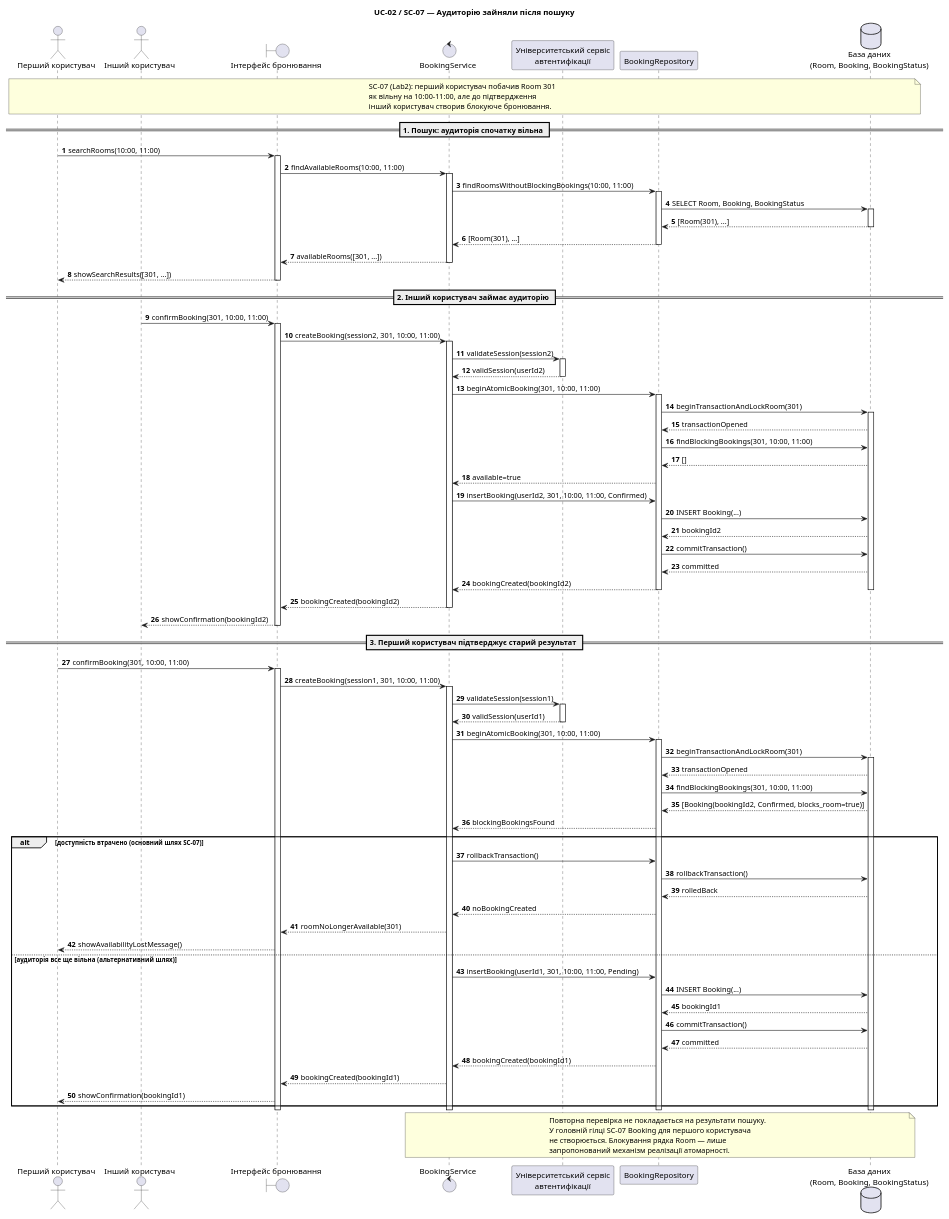
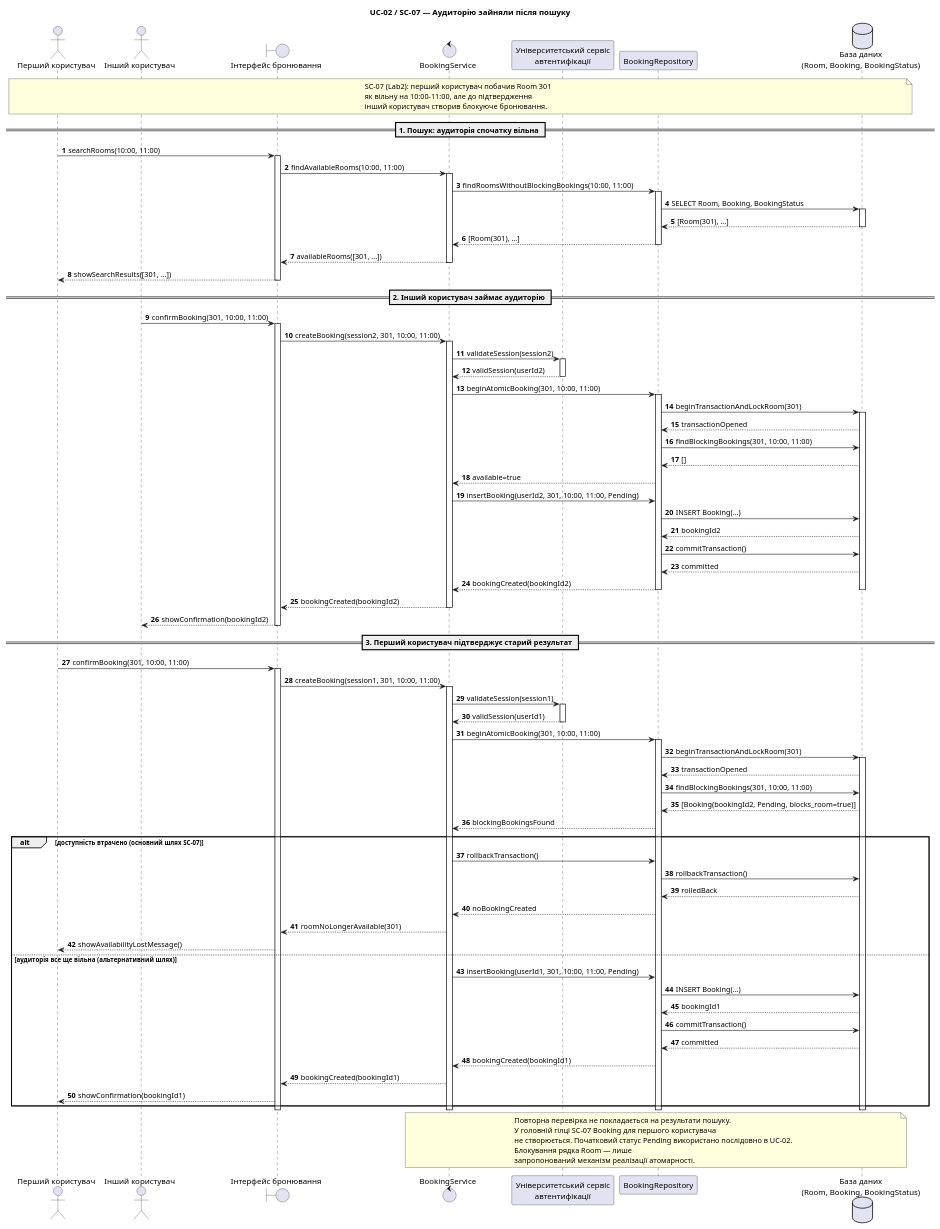
Before and after one commit to Oleksandr-C-S/MAVPZ: the diagram in lab3/model/sequence-03.puml, drawn with PlantUML. The commit also changed 1 other file, not shown here.

Commit message:
align booking status and update render

```diff
--- a/lab3/model/sequence-03.puml
+++ b/lab3/model/sequence-03.puml
@@ -1,117 +1,118 @@
 @startuml
 ' Lab3 — UC-02 / SC-07: Втрата доступності між пошуком і підтвердженням
 ' Чернетка діаграми, узгоджена з lab2/gherkin.md (SC-07)
 
 title UC-02 / SC-07 — Аудиторію зайняли після пошуку
 
 autonumber
 actor "Перший користувач" as User1
 actor "Інший користувач" as User2
 boundary "Інтерфейс бронювання" as UI
 control "BookingService" as Service
 participant "Університетський сервіс\nавтентифікації" as Auth
 participant "BookingRepository" as Repo
 database "База даних\n(Room, Booking, BookingStatus)" as DB
 
 note over User1,DB
 SC-07 (Lab2): перший користувач побачив Room 301
 як вільну на 10:00–11:00, але до підтвердження
 інший користувач створив блокуюче бронювання.
 end note
 
 == 1. Пошук: аудиторія спочатку вільна ==
 User1 -> UI : searchRooms(10:00, 11:00)
 activate UI
 UI -> Service : findAvailableRooms(10:00, 11:00)
 activate Service
 Service -> Repo : findRoomsWithoutBlockingBookings(10:00, 11:00)
 activate Repo
 Repo -> DB : SELECT Room, Booking, BookingStatus
 activate DB
 DB --> Repo : [Room(301), ...]
 deactivate DB
 Repo --> Service : [Room(301), ...]
 deactivate Repo
 Service --> UI : availableRooms([301, ...])
 deactivate Service
 UI --> User1 : showSearchResults([301, ...])
 deactivate UI
 
 == 2. Інший користувач займає аудиторію ==
 User2 -> UI : confirmBooking(301, 10:00, 11:00)
 activate UI
 UI -> Service : createBooking(session2, 301, 10:00, 11:00)
 activate Service
 Service -> Auth : validateSession(session2)
 activate Auth
 Auth --> Service : validSession(userId2)
 deactivate Auth
 Service -> Repo : beginAtomicBooking(301, 10:00, 11:00)
 activate Repo
 Repo -> DB : beginTransactionAndLockRoom(301)
 activate DB
 DB --> Repo : transactionOpened
 Repo -> DB : findBlockingBookings(301, 10:00, 11:00)
 DB --> Repo : []
 Repo --> Service : available=true
-Service -> Repo : insertBooking(userId2, 301, 10:00, 11:00, Confirmed)
+Service -> Repo : insertBooking(userId2, 301, 10:00, 11:00, Pending)
 Repo -> DB : INSERT Booking(...)
 DB --> Repo : bookingId2
 Repo -> DB : commitTransaction()
 DB --> Repo : committed
 Repo --> Service : bookingCreated(bookingId2)
 deactivate DB
 deactivate Repo
 Service --> UI : bookingCreated(bookingId2)
 deactivate Service
 UI --> User2 : showConfirmation(bookingId2)
 deactivate UI
 
 == 3. Перший користувач підтверджує старий результат ==
 User1 -> UI : confirmBooking(301, 10:00, 11:00)
 activate UI
 UI -> Service : createBooking(session1, 301, 10:00, 11:00)
 activate Service
 Service -> Auth : validateSession(session1)
 activate Auth
 Auth --> Service : validSession(userId1)
 deactivate Auth
 Service -> Repo : beginAtomicBooking(301, 10:00, 11:00)
 activate Repo
 Repo -> DB : beginTransactionAndLockRoom(301)
 activate DB
 DB --> Repo : transactionOpened
 Repo -> DB : findBlockingBookings(301, 10:00, 11:00)
-DB --> Repo : [Booking(bookingId2, Confirmed, blocks_room=true)]
+DB --> Repo : [Booking(bookingId2, Pending, blocks_room=true)]
 Repo --> Service : blockingBookingsFound
 
 alt доступність втрачено (основний шлях SC-07)
     Service -> Repo : rollbackTransaction()
     Repo -> DB : rollbackTransaction()
     DB --> Repo : rolledBack
     Repo --> Service : noBookingCreated
     Service --> UI : roomNoLongerAvailable(301)
     UI --> User1 : showAvailabilityLostMessage()
 else аудиторія все ще вільна (альтернативний шлях)
     Service -> Repo : insertBooking(userId1, 301, 10:00, 11:00, Pending)
     Repo -> DB : INSERT Booking(...)
     DB --> Repo : bookingId1
     Repo -> DB : commitTransaction()
     DB --> Repo : committed
     Repo --> Service : bookingCreated(bookingId1)
     Service --> UI : bookingCreated(bookingId1)
     UI --> User1 : showConfirmation(bookingId1)
 end
 
 deactivate DB
 deactivate Repo
 deactivate Service
 deactivate UI
 
 note over Service,DB
 Повторна перевірка не покладається на результати пошуку.
 У головній гілці SC-07 Booking для першого користувача
-не створюється. Блокування рядка Room — лише
+не створюється. Початковий статус Pending використано послідовно в UC-02.
+Блокування рядка Room — лише
 запропонований механізм реалізації атомарності.
 end note
 @enduml
```
